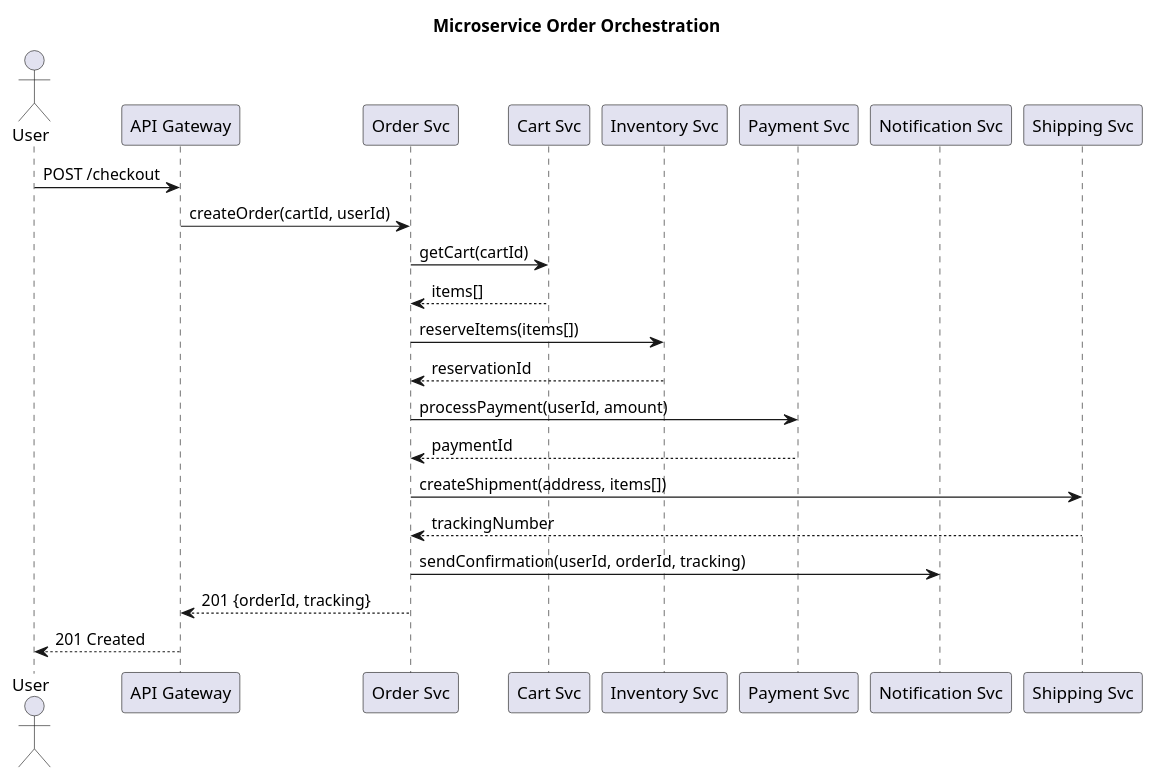
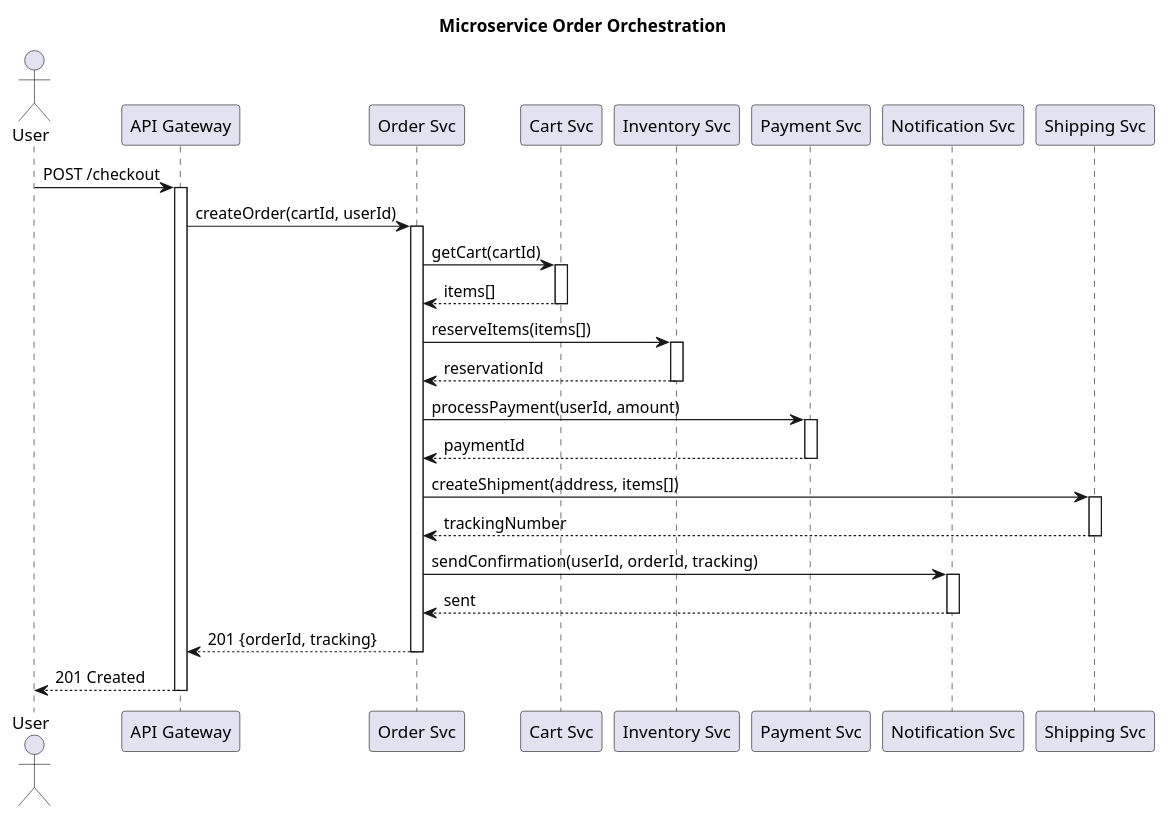
The diagram in test_scripts/gallery/plantuml_sequence/advanced_08.puml (nochoco-lee/posit), drawn with PlantUML before and after one commit. The commit also changed 39 other files, not shown here.

First line of the commit message:
feat: rewrite all advanced diagrams with commonly-used features

```diff
--- a/test_scripts/gallery/plantuml_sequence/advanced_08.puml
+++ b/test_scripts/gallery/plantuml_sequence/advanced_08.puml
@@ -1,31 +1,48 @@
 @startuml
 title Microservice Order Orchestration
 
 actor       User         as user
 participant "API Gateway" as gw
 participant "Order Svc"   as order
 participant "Cart Svc"    as cart
 participant "Inventory Svc" as inv
 participant "Payment Svc" as pay
 participant "Notification Svc" as notif
 participant "Shipping Svc" as ship
 
 user -> gw : POST /checkout
-gw -> order : createOrder(cartId, userId)
+activate gw
+  gw -> order : createOrder(cartId, userId)
+  activate order
 
-order -> cart : getCart(cartId)
-cart --> order : items[]
+  order -> cart : getCart(cartId)
+  activate cart
+  cart --> order : items[]
+  deactivate cart
 
-order -> inv : reserveItems(items[])
-inv --> order : reservationId
+  order -> inv : reserveItems(items[])
+  activate inv
+  inv --> order : reservationId
+  deactivate inv
 
-order -> pay : processPayment(userId, amount)
-pay --> order : paymentId
+  order -> pay : processPayment(userId, amount)
+  activate pay
+  pay --> order : paymentId
+  deactivate pay
 
-order -> ship : createShipment(address, items[])
-ship --> order : trackingNumber
+  order -> ship : createShipment(address, items[])
+  activate ship
+  ship --> order : trackingNumber
+  deactivate ship
 
-order -> notif : sendConfirmation(userId, orderId, tracking)
-order --> gw : 201 {orderId, tracking}
-gw --> user : 201 Created
+  order -> notif : sendConfirmation(userId, orderId, tracking)
+  activate notif
+  notif --> order : sent
+  deactivate notif
+
+  order --> gw : 201 {orderId, tracking}
+  deactivate order
+
+  gw --> user : 201 Created
+deactivate gw
 @enduml
```
